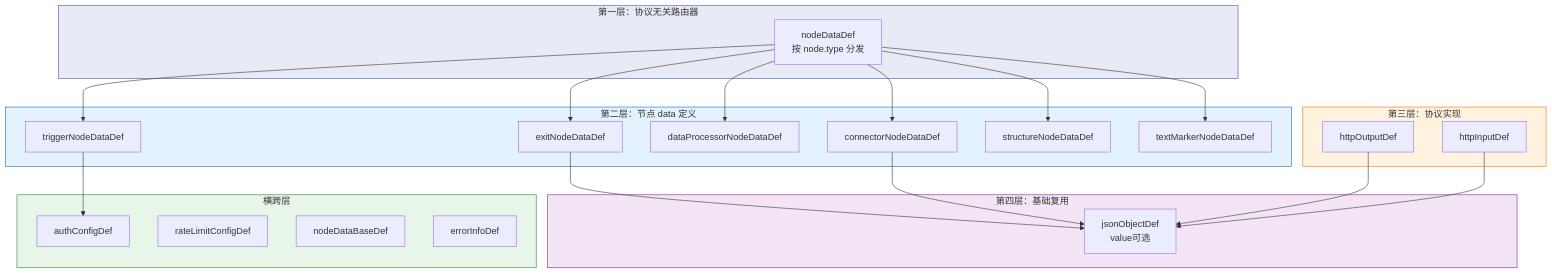
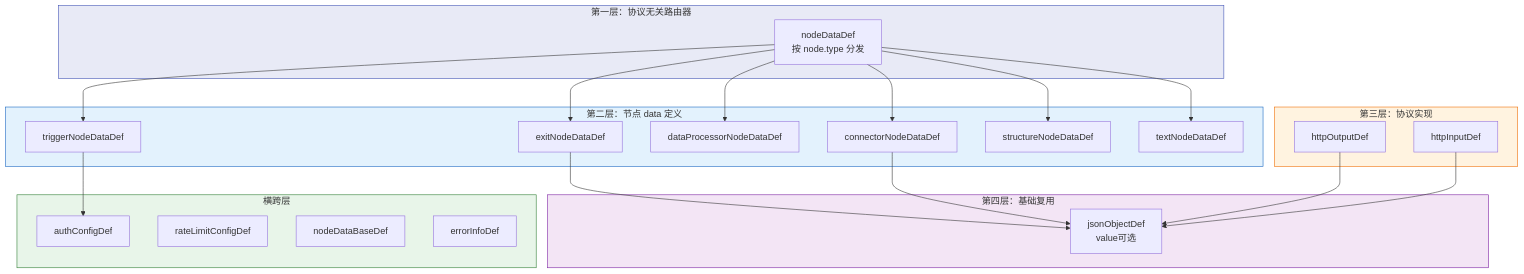
The first of 4 diagrams in .sddu/specs-tree-root/specs-tree-connector-platform-v2/plan-json-schema.md (THZSummer/open-app), drawn with Mermaid before and after one commit. The commit also changed other lines of this file, not shown here.

First line of the commit message:
refactor(json-schema): textMarkerNodeDataDef → textNodeDataDef

````diff
--- a/.sddu/specs-tree-root/specs-tree-connector-platform-v2/plan-json-schema.md
+++ b/.sddu/specs-tree-root/specs-tree-connector-platform-v2/plan-json-schema.md
@@ -434,49 +434,49 @@
 ```mermaid
 graph TB
     subgraph L1["第一层：协议无关路由器"]
         ND["nodeDataDef<br/>按 node.type 分发"]
     end
 
     subgraph L2["第二层：节点 data 定义"]
         TD["triggerNodeDataDef"]
         CD["connectorNodeDataDef"]
         DD["dataProcessorNodeDataDef"]
         ED["exitNodeDataDef"]
         SD["structureNodeDataDef"]
-        MD["textMarkerNodeDataDef"]
+        MD["textNodeDataDef"]
     end
 
     subgraph L3["第三层：协议实现"]
         HI["httpInputDef"]
         HO["httpOutputDef"]
     end
 
     subgraph L4["第四层：基础复用"]
         JS["jsonObjectDef<br/>value可选"]
     end
 
     subgraph LX["横跨层"]
         AU["authConfigDef"]
         RL["rateLimitConfigDef"]
         NB["nodeDataBaseDef"]
         ER["errorInfoDef"]
     end
 
     ND --> TD
     ND --> CD
     ND --> DD
     ND --> ED
     ND --> SD
     ND --> MD
     HI --> JS
     HO --> JS
     CD --> JS
     ED --> JS
     TD --> AU
 
     style L1 fill:#e8eaf6,stroke:#3f51b5
     style L2 fill:#e3f2fd,stroke:#1565c0
     style L3 fill:#fff3e0,stroke:#ef6c00
     style L4 fill:#f3e5f5,stroke:#7b1fa2
     style LX fill:#e8f5e9,stroke:#2e7d32
 ```
````
